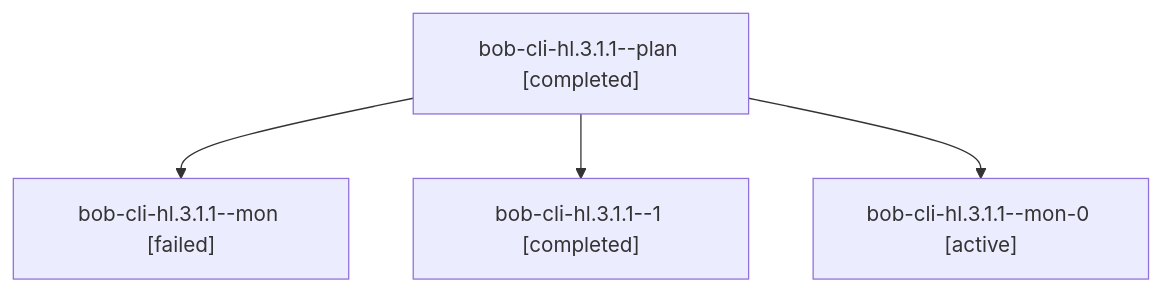
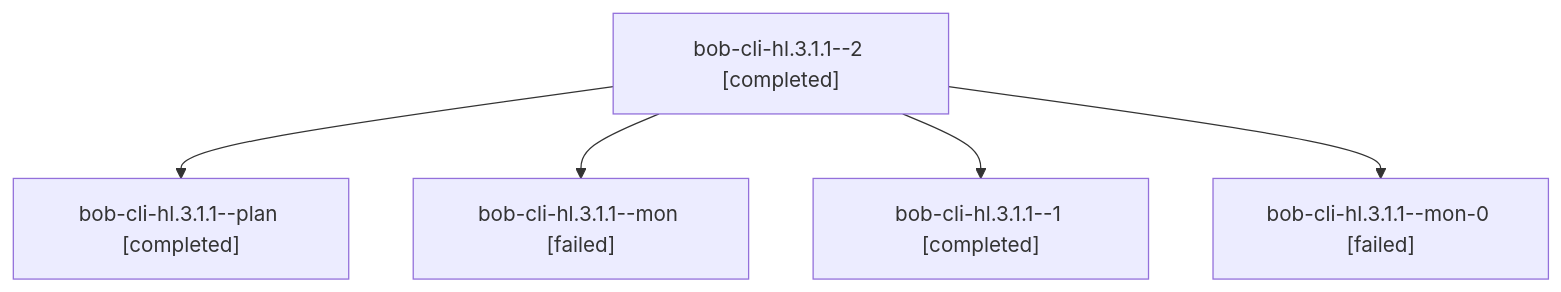
One commit to bobs-org/bob-cli--agents changed the diagram in sessions/bbugyi200.athena.bob-cli-hl.3.1.1.md. Above: the diagram before and after it, drawn with Mermaid. The commit also changed other lines of this file and 37 other files, not shown here.

````diff
--- a/sessions/bbugyi200.athena.bob-cli-hl.3.1.1.md
+++ b/sessions/bbugyi200.athena.bob-cli-hl.3.1.1.md
@@ -9,10 +9,12 @@
 ```mermaid
 flowchart TD
-  n0["bob-cli-hl.3.1.1--plan [completed]"]
-  n1["bob-cli-hl.3.1.1--mon [failed]"]
+  n0["bob-cli-hl.3.1.1--2 [completed]"]
+  n1["bob-cli-hl.3.1.1--plan [completed]"]
   n0 --> n1
-  n2["bob-cli-hl.3.1.1--1 [completed]"]
+  n2["bob-cli-hl.3.1.1--mon [failed]"]
   n0 --> n2
-  n3["bob-cli-hl.3.1.1--mon-0 [active]"]
+  n3["bob-cli-hl.3.1.1--1 [completed]"]
   n0 --> n3
+  n4["bob-cli-hl.3.1.1--mon-0 [failed]"]
+  n0 --> n4
 ```
````
